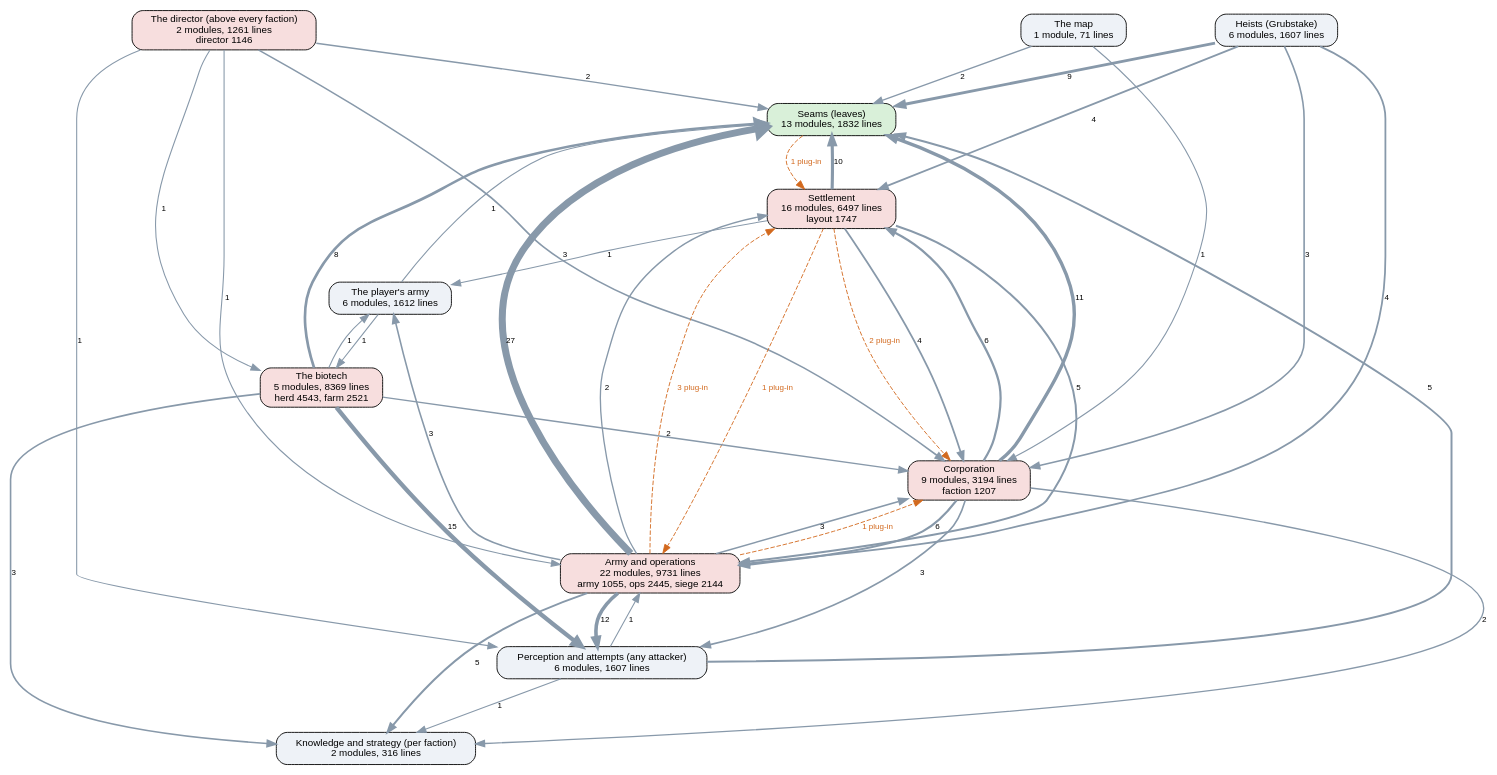
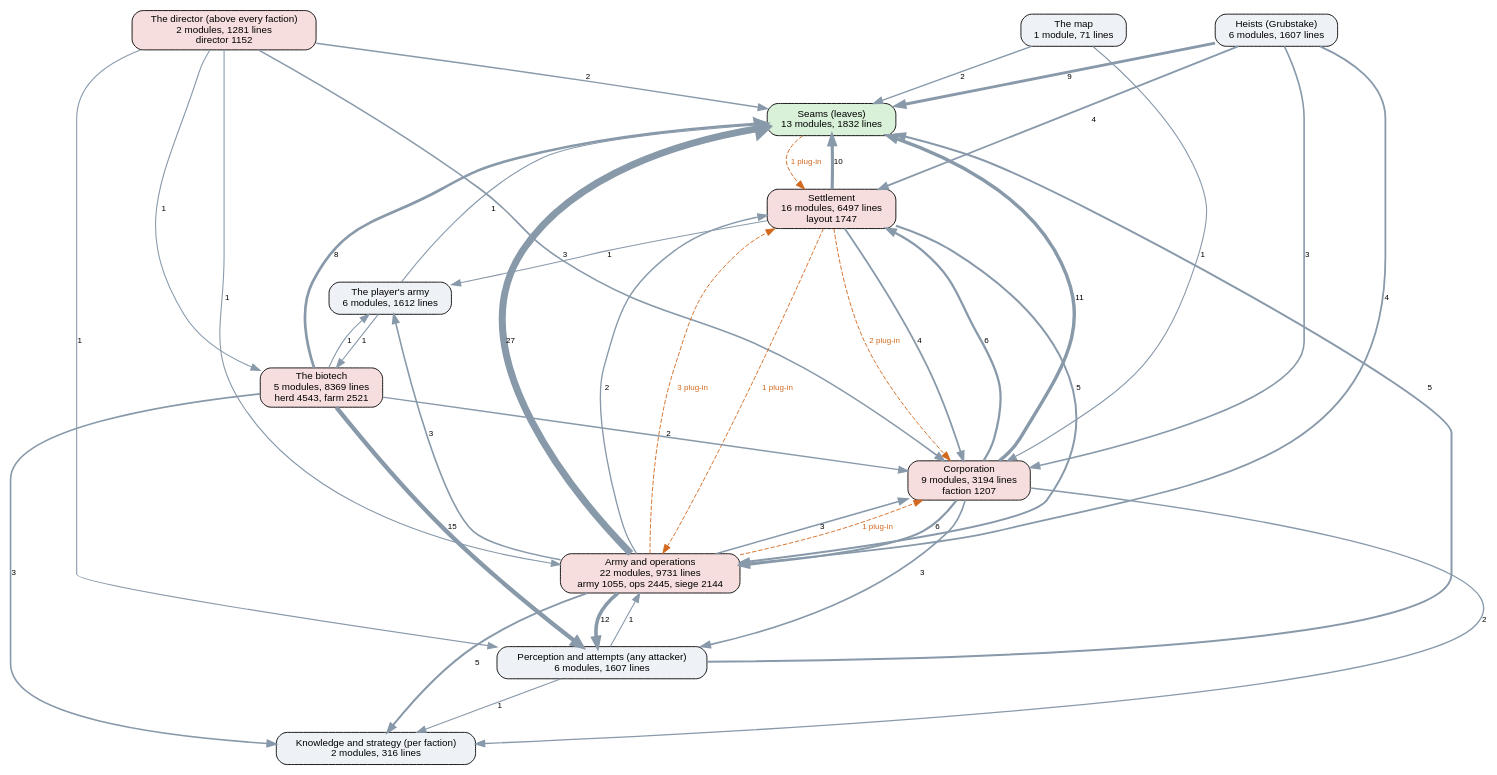
The diagram in docs/ai-layers.dot (kinelhu/landing-party), drawn with Graphviz before and after one commit. The commit also changed 12 other files, not shown here.

First line of the commit message:
The climax on demand: "Climax now" on the director's debug panel, and a line of its climaxes and strike forces out (warned, its pods due; or landed, its units standing). Scenario director cmd checks both through remote director_lines, seen failing with nothing to strike at

```diff
--- a/docs/ai-layers.dot
+++ b/docs/ai-layers.dot
@@ -1,57 +1,57 @@
 digraph layers {
   graph [rankdir=TB, fontname="Helvetica", nodesep=0.5, ranksep=0.7];
   node [shape=box, style="rounded,filled", fontname="Helvetica", fontsize=11, fillcolor="#eef2f7"];
   edge [color="#8899aa", fontname="Helvetica", fontsize=9];
   "Seams (leaves)" [label="Seams (leaves)\n13 modules, 1832 lines", fillcolor="#d9f0d9"];
   "Perception and attempts (any attacker)" [label="Perception and attempts (any attacker)\n6 modules, 1607 lines", fillcolor="#eef2f7"];
   "Knowledge and strategy (per faction)" [label="Knowledge and strategy (per faction)\n2 modules, 316 lines", fillcolor="#eef2f7"];
-  "The director (above every faction)" [label="The director (above every faction)\n2 modules, 1261 lines\ndirector 1146", fillcolor="#f7dede"];
+  "The director (above every faction)" [label="The director (above every faction)\n2 modules, 1281 lines\ndirector 1152", fillcolor="#f7dede"];
   "Corporation" [label="Corporation\n9 modules, 3194 lines\nfaction 1207", fillcolor="#f7dede"];
   "Settlement" [label="Settlement\n16 modules, 6497 lines\nlayout 1747", fillcolor="#f7dede"];
   "Army and operations" [label="Army and operations\n22 modules, 9731 lines\narmy 1055, ops 2445, siege 2144", fillcolor="#f7dede"];
   "Heists (Grubstake)" [label="Heists (Grubstake)\n6 modules, 1607 lines", fillcolor="#eef2f7"];
   "The biotech" [label="The biotech\n5 modules, 8369 lines\nherd 4543, farm 2521", fillcolor="#f7dede"];
   "The map" [label="The map\n1 module, 71 lines", fillcolor="#eef2f7"];
   "The player's army" [label="The player's army\n6 modules, 1612 lines", fillcolor="#eef2f7"];
   "Army and operations" -> "Corporation" [label="3", penwidth=1.8];
   "Army and operations" -> "Knowledge and strategy (per faction)" [label="5", penwidth=2.2];
   "Army and operations" -> "Perception and attempts (any attacker)" [label="12", penwidth=4.0];
   "Army and operations" -> "Seams (leaves)" [label="27", penwidth=7.8];
   "Army and operations" -> "Settlement" [label="2", penwidth=1.5];
   "Army and operations" -> "The player's army" [label="3", penwidth=1.8];
   "Corporation" -> "Army and operations" [label="6", penwidth=2.5];
   "Corporation" -> "Knowledge and strategy (per faction)" [label="2", penwidth=1.5];
   "Corporation" -> "Perception and attempts (any attacker)" [label="3", penwidth=1.8];
   "Corporation" -> "Seams (leaves)" [label="11", penwidth=3.8];
   "Corporation" -> "Settlement" [label="6", penwidth=2.5];
   "Heists (Grubstake)" -> "Army and operations" [label="4", penwidth=2.0];
   "Heists (Grubstake)" -> "Corporation" [label="3", penwidth=1.8];
   "Heists (Grubstake)" -> "Seams (leaves)" [label="9", penwidth=3.2];
   "Heists (Grubstake)" -> "Settlement" [label="4", penwidth=2.0];
   "Perception and attempts (any attacker)" -> "Army and operations" [label="1", penwidth=1.2];
   "Perception and attempts (any attacker)" -> "Knowledge and strategy (per faction)" [label="1", penwidth=1.2];
   "Perception and attempts (any attacker)" -> "Seams (leaves)" [label="5", penwidth=2.2];
   "Settlement" -> "Army and operations" [label="5", penwidth=2.2];
   "Settlement" -> "Corporation" [label="4", penwidth=2.0];
   "Settlement" -> "Seams (leaves)" [label="10", penwidth=3.5];
   "Settlement" -> "The player's army" [label="1", penwidth=1.2];
   "The biotech" -> "Corporation" [label="2", penwidth=1.5];
   "The biotech" -> "Knowledge and strategy (per faction)" [label="3", penwidth=1.8];
   "The biotech" -> "Perception and attempts (any attacker)" [label="15", penwidth=4.8];
   "The biotech" -> "Seams (leaves)" [label="8", penwidth=3.0];
   "The biotech" -> "The player's army" [label="1", penwidth=1.2];
   "The director (above every faction)" -> "Army and operations" [label="1", penwidth=1.2];
   "The director (above every faction)" -> "Corporation" [label="3", penwidth=1.8];
   "The director (above every faction)" -> "Perception and attempts (any attacker)" [label="1", penwidth=1.2];
   "The director (above every faction)" -> "Seams (leaves)" [label="2", penwidth=1.5];
   "The director (above every faction)" -> "The biotech" [label="1", penwidth=1.2];
   "The map" -> "Corporation" [label="1", penwidth=1.2];
   "The map" -> "Seams (leaves)" [label="2", penwidth=1.5];
   "The player's army" -> "Seams (leaves)" [label="1", penwidth=1.2];
   "The player's army" -> "The biotech" [label="1", penwidth=1.2];
   "Army and operations" -> "Corporation" [style=dashed, color="#d2691e", fontcolor="#d2691e", label="1 plug-in"];
   "Army and operations" -> "Settlement" [style=dashed, color="#d2691e", fontcolor="#d2691e", label="3 plug-in"];
   "Seams (leaves)" -> "Settlement" [style=dashed, color="#d2691e", fontcolor="#d2691e", label="1 plug-in"];
   "Settlement" -> "Army and operations" [style=dashed, color="#d2691e", fontcolor="#d2691e", label="1 plug-in"];
   "Settlement" -> "Corporation" [style=dashed, color="#d2691e", fontcolor="#d2691e", label="2 plug-in"];
 }
```
